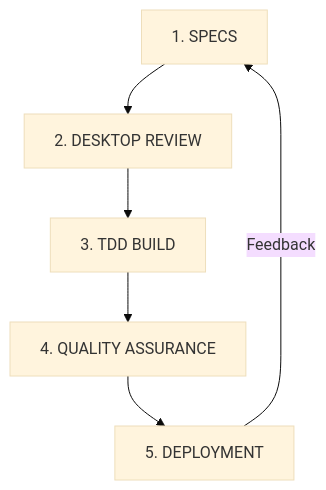
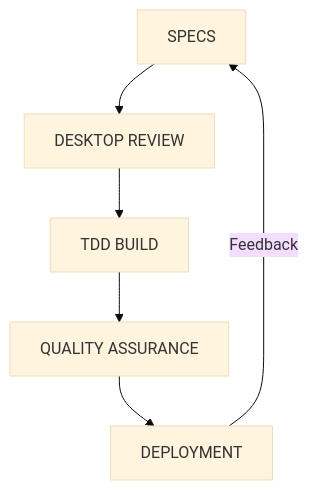
The second of 2 diagrams in guides/AI_HUMAN_COLLABORATION_WORKFLOW_GUIDE.md (smiao-icims/pragmatic-architecture-patterns), drawn with Mermaid (base theme) before and after one commit.

Commit message:
Fix: Remove numbered prefixes from Mermaid diagram nodes
The root cause of 'Unsupported markdown: list' was numbered labels in Mermaid nodes
- Changed [1. SPECS] to [SPECS]
- Changed [2. DESKTOP REVIEW] to [DESKTOP REVIEW]
- Changed [3. TDD BUILD] to [TDD BUILD]
- Changed [4. QUALITY ASSURANCE] to [QUALITY ASSURANCE]
- Changed [5. DEPLOYMENT] to [DEPLOYMENT]

GitHub's markdown parser was interpreting '1.', '2.', etc. inside Mermaid nodes as markdown list syntax

````diff
--- a/guides/AI_HUMAN_COLLABORATION_WORKFLOW_GUIDE.md
+++ b/guides/AI_HUMAN_COLLABORATION_WORKFLOW_GUIDE.md
@@ -126,8 +126,8 @@
 ```mermaid
 graph TD
-    A[1. SPECS] --> B[2. DESKTOP REVIEW]
-    B --> C[3. TDD BUILD]
-    C --> D[4. QUALITY ASSURANCE]
-    D --> E[5. DEPLOYMENT]
+    A[SPECS] --> B[DESKTOP REVIEW]
+    B --> C[TDD BUILD]
+    C --> D[QUALITY ASSURANCE]
+    D --> E[DEPLOYMENT]
     E -->|Feedback| A
 ```
````
